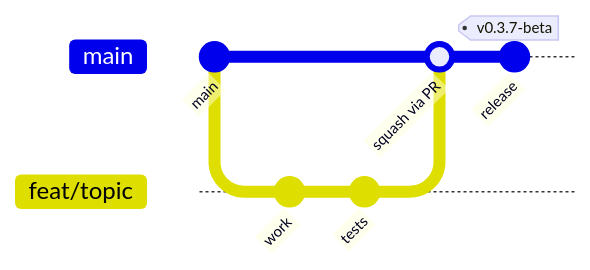
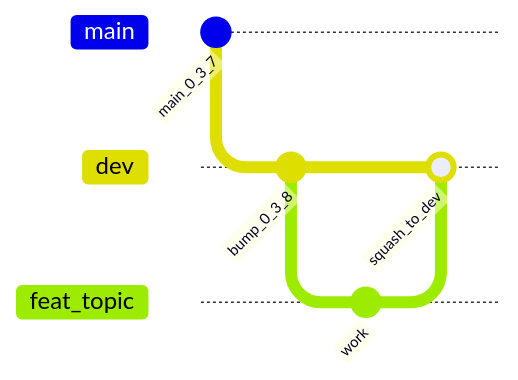
One commit to ConsciousEnergy/lenr_sim_app changed the diagram in .github/BRANCHING.md. Above: the diagram before and after it, drawn with Mermaid. The commit also changed other lines of this file and 16 other files, not shown here.

First line of the commit message:
chore: main+dev trains — bump markers to 0.3.8-beta on integration line

````diff
--- a/.github/BRANCHING.md
+++ b/.github/BRANCHING.md
@@ -27,10 +35,10 @@
 ```mermaid
 gitGraph
-  commit id: "main"
-  branch feat/topic
+  commit id: "main_0_3_7"
+  branch dev
+  commit id: "bump_0_3_8"
+  branch feat_topic
   commit id: "work"
-  commit id: "tests"
-  checkout main
-  merge feat/topic id: "squash via PR"
-  commit id: "release" tag: "v0.3.7-beta"
+  checkout dev
+  merge feat_topic id: "squash_to_dev"
 ```
````
